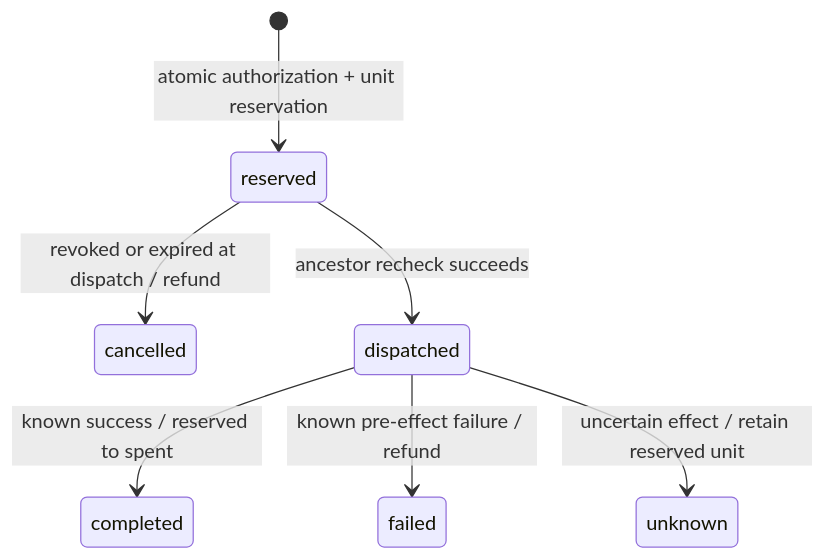
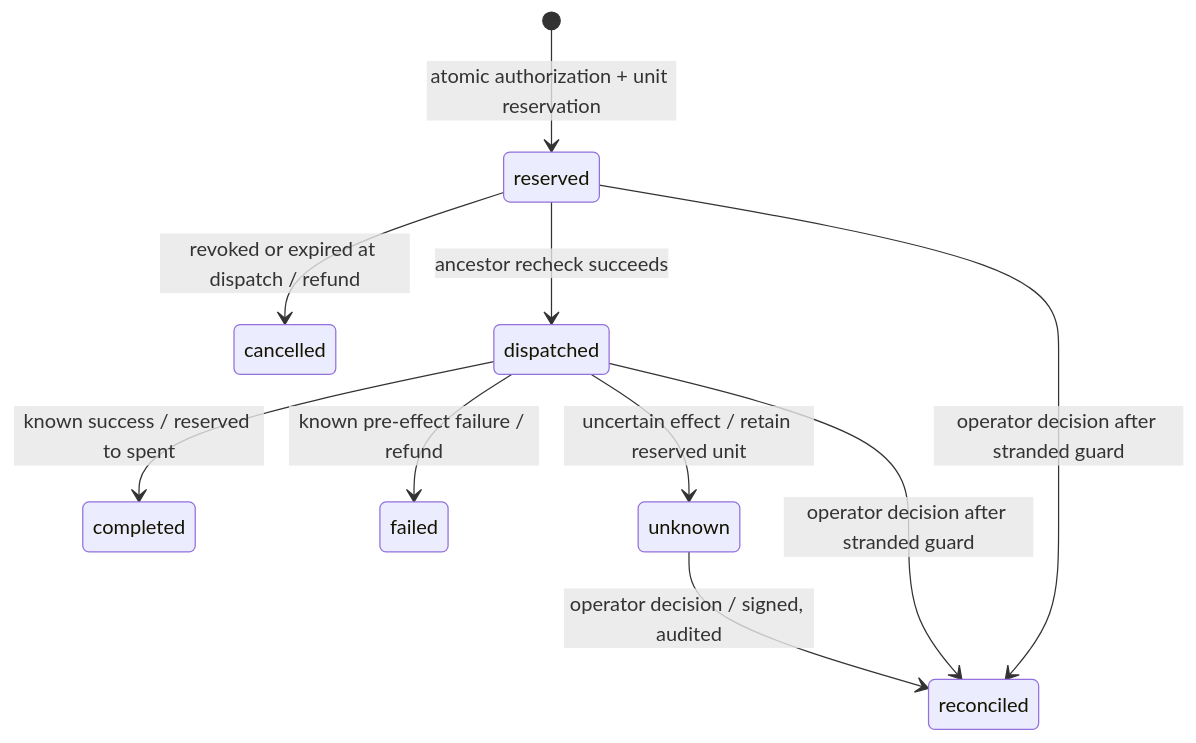
One commit to thomasafroo/Agent-Passport changed the diagram in docs/architecture.md. Above: the diagram before and after it, drawn with Mermaid. The commit also changed other lines of this file and 10 other files, not shown here.

First line of the commit message:
Add signed operator reconciliation for unresolved operations

````diff
--- a/docs/architecture.md
+++ b/docs/architecture.md
@@ -58,9 +58,12 @@
 ```mermaid
 stateDiagram-v2
     [*] --> reserved: atomic authorization + unit reservation
     reserved --> cancelled: revoked or expired at dispatch / refund
     reserved --> dispatched: ancestor recheck succeeds
     dispatched --> completed: known success / reserved to spent
     dispatched --> failed: known pre-effect failure / refund
     dispatched --> unknown: uncertain effect / retain reserved unit
+    unknown --> reconciled: operator decision / signed, audited
+    reserved --> reconciled: operator decision after stranded guard
+    dispatched --> reconciled: operator decision after stranded guard
 ```
````
